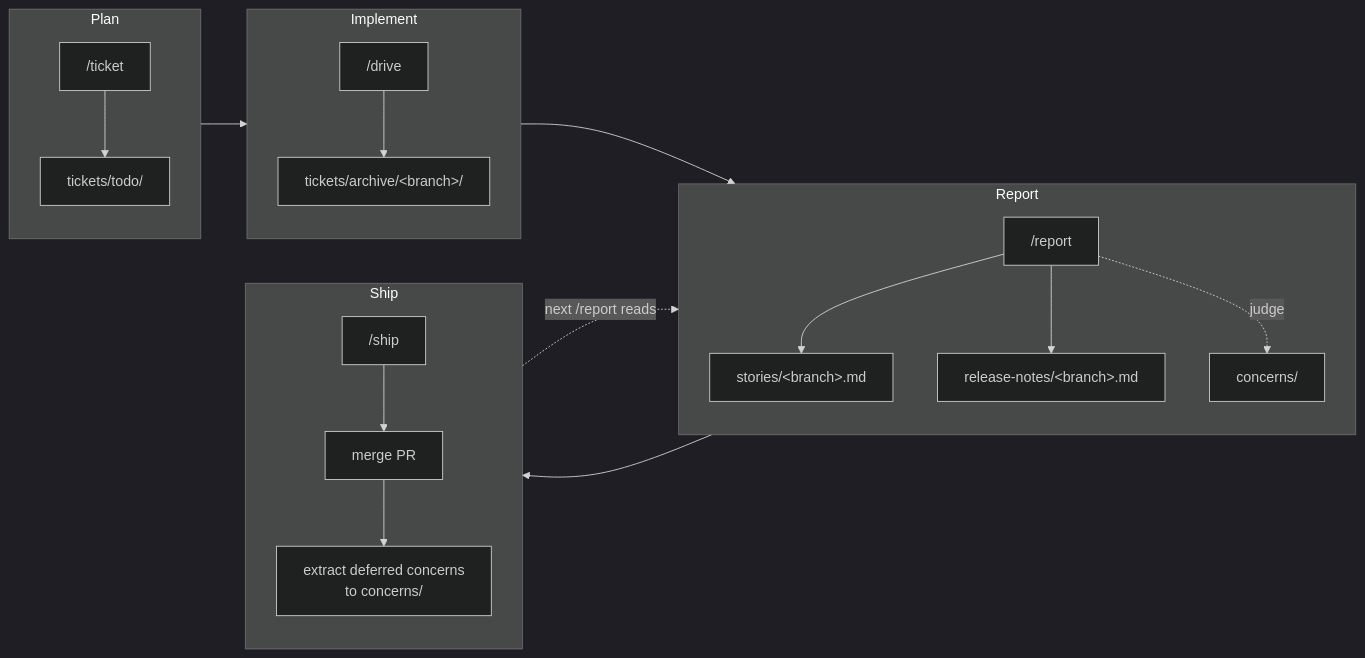
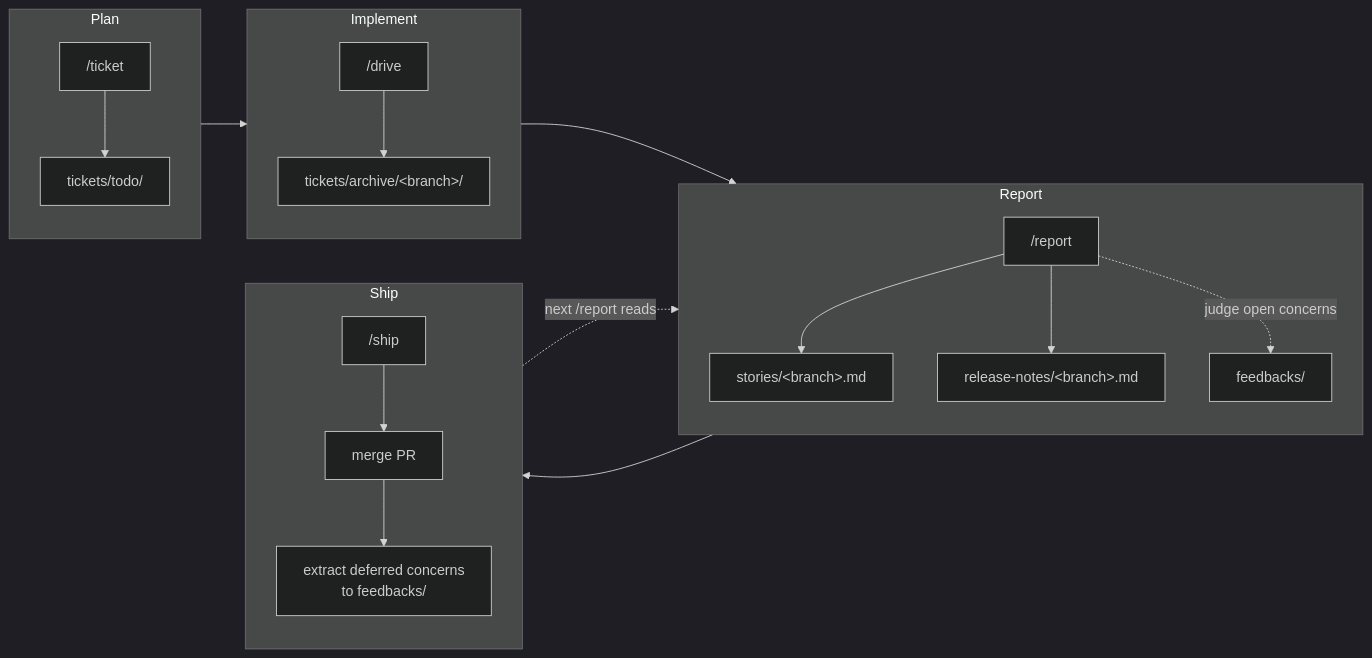
Before and after one commit to qmu/workaholic: the fifth of 5 diagrams in README.md, drawn with Mermaid (dark theme). The commit also changed other lines of this file and 568 other files, not shown here.

````diff
--- a/README.md
+++ b/README.md
@@ -405,24 +404,24 @@
 ```mermaid
 flowchart LR
   subgraph plan[Plan]
     direction TB
     a1["/ticket"] --> a2["tickets/todo/"]
   end
   subgraph implement[Implement]
     direction TB
     b1["/drive"] --> b2["tickets/archive/&lt;branch&gt;/"]
   end
   subgraph report[Report]
     direction TB
     c1["/report"] --> c2["stories/&lt;branch&gt;.md"]
     c1 --> c3["release-notes/&lt;branch&gt;.md"]
-    c1 -.judge.-> c4["concerns/"]
+    c1 -.judge open concerns.-> c4["feedbacks/"]
   end
   subgraph ship[Ship]
     direction TB
     d1["/ship"] --> d2["merge PR"]
-    d2 --> d3["extract deferred concerns<br/>to concerns/"]
+    d2 --> d3["extract deferred concerns<br/>to feedbacks/"]
   end
   plan --> implement --> report --> ship
   d3 -."next /report reads".-> c1
 ```
````
